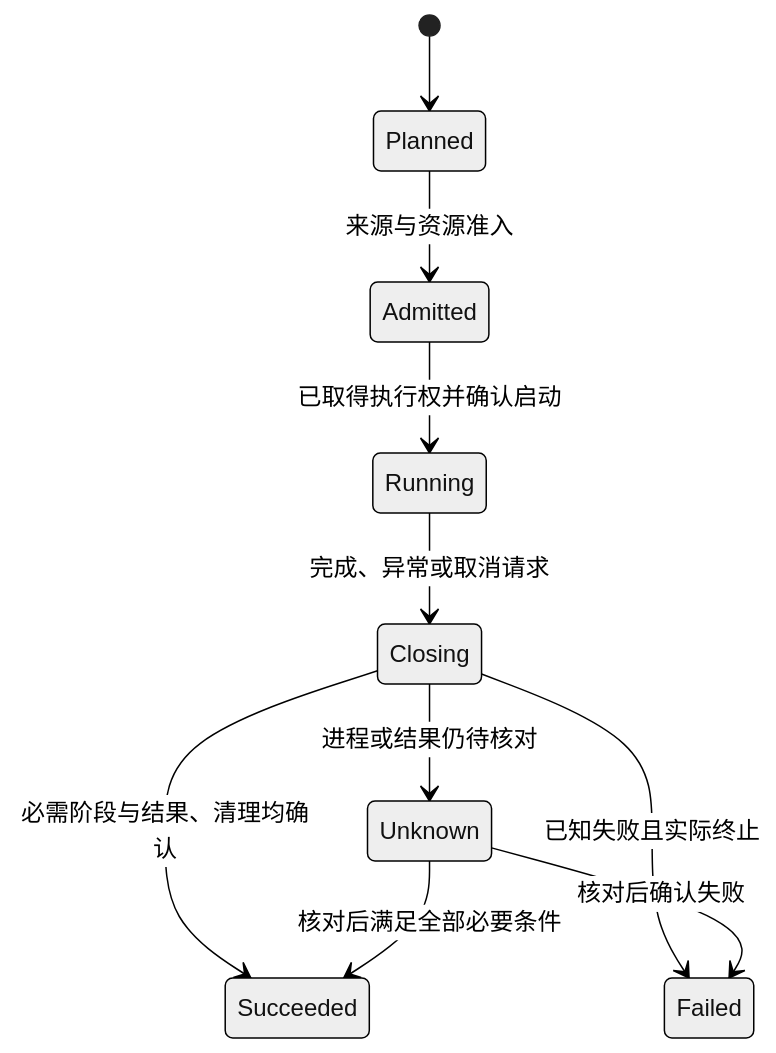
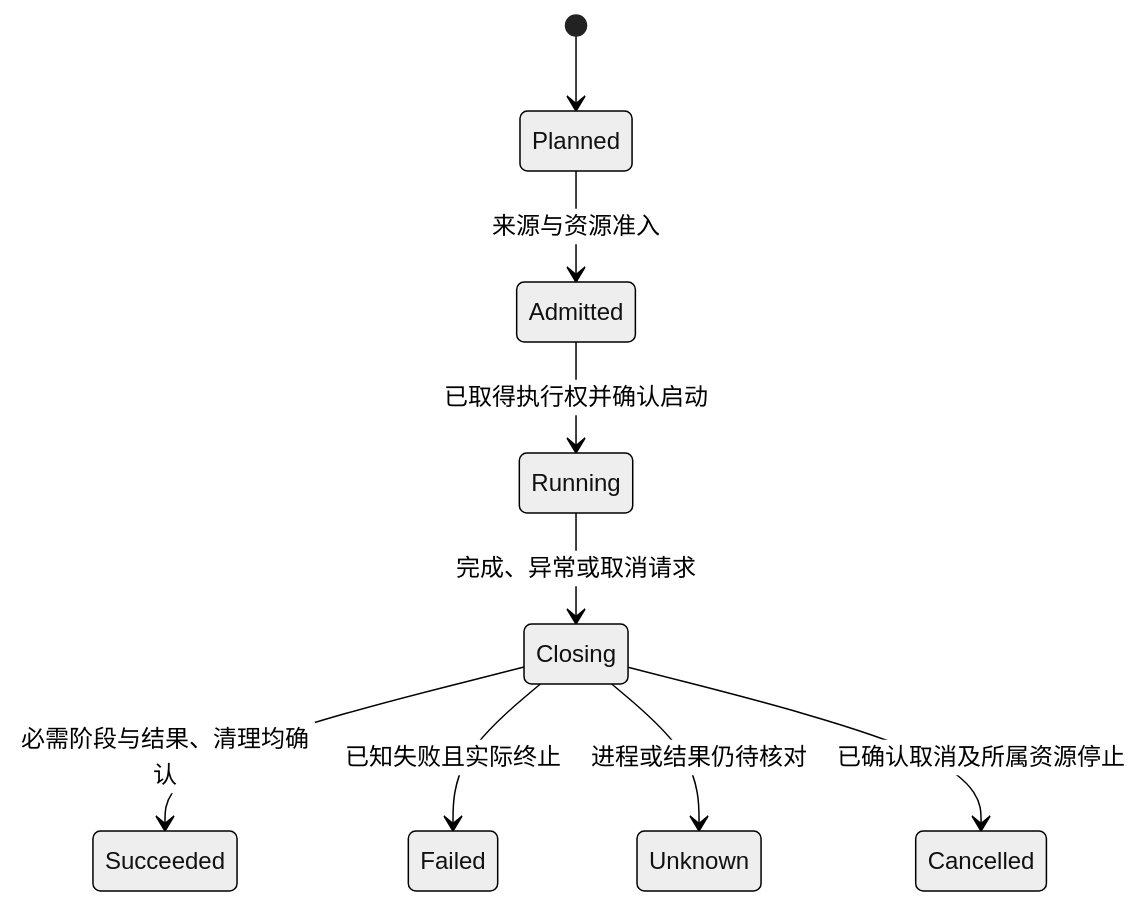
One commit to DreamSoul-AI/RPipe changed the fourth of 4 diagrams in docs/研究流水线 架构设计.md. Above: the diagram before and after it, drawn with Mermaid (neutral theme). The commit also changed other lines of this file and 143 other files, not shown here.

First line of the commit message:
fix: restore structure and flow architecture boundaries

````diff
--- a/docs/研究流水线 架构设计.md
+++ b/docs/研究流水线 架构设计.md
@@ -128,12 +129,11 @@
 ```mermaid
 stateDiagram-v2
     [*] --> Planned
     Planned --> Admitted: 来源与资源准入
     Admitted --> Running: 已取得执行权并确认启动
     Running --> Closing: 完成、异常或取消请求
     Closing --> Succeeded: 必需阶段与结果、清理均确认
     Closing --> Failed: 已知失败且实际终止
     Closing --> Unknown: 进程或结果仍待核对
-    Unknown --> Failed: 核对后确认失败
-    Unknown --> Succeeded: 核对后满足全部必要条件
+    Closing --> Cancelled: 已确认取消及所属资源停止
 ```
````
